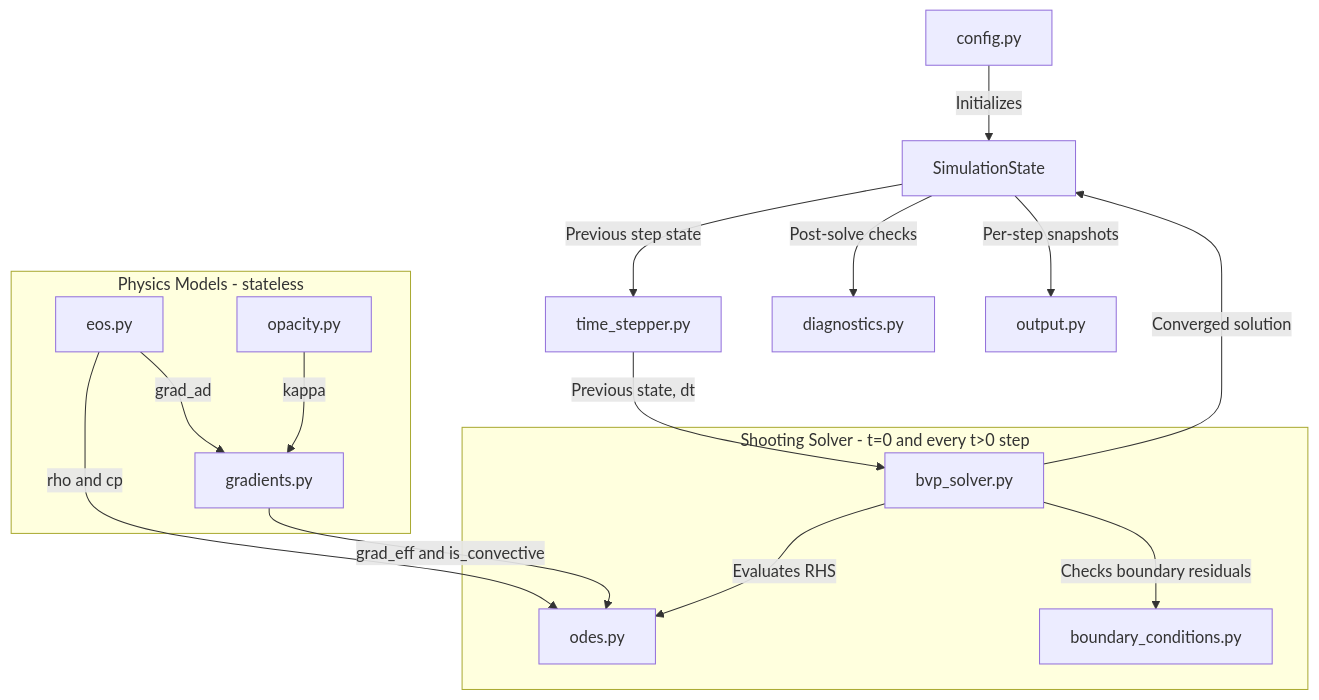
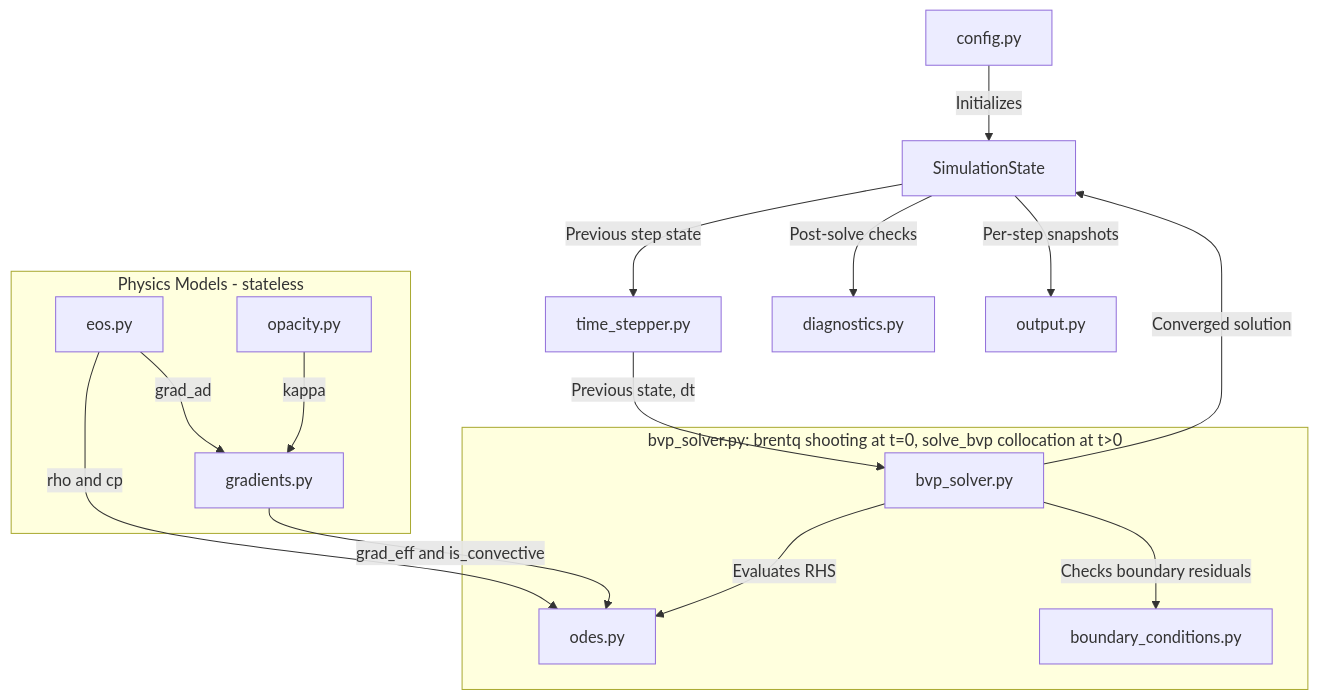
The diagram in PLAN.md (eyalg91/PlanetFormationSim), drawn with Mermaid before and after one commit. The commit also changed other lines of this file and 16 other files, not shown here.

Commit message:
bvp implemented and run full 1st step. second step failed.

````diff
--- a/PLAN.md
+++ b/PLAN.md
@@ -165,33 +167,33 @@
 ```mermaid
 graph TD
     config[config.py]
     state[SimulationState]
     timeloop[time_stepper.py]
     diag[diagnostics.py]
     output[output.py]
 
-    subgraph BVP_Loop[Shooting Solver - t=0 and every t>0 step]
+    subgraph BVP_Loop[bvp_solver.py: brentq shooting at t=0, solve_bvp collocation at t>0]
         bvp[bvp_solver.py]
         odes[odes.py]
         bcs[boundary_conditions.py]
     end
 
     subgraph PhysicsModels[Physics Models - stateless]
         eos[eos.py]
         opacity[opacity.py]
         gradients[gradients.py]
     end
 
     config -->|Initializes| state
     state -->|Previous step state| timeloop
     timeloop -->|Previous state, dt| bvp
     bvp -->|Evaluates RHS| odes
     bvp -->|Checks boundary residuals| bcs
     eos -->|rho and cp| odes
     gradients -->|grad_eff and is_convective| odes
     opacity -->|kappa| gradients
     eos -->|grad_ad| gradients
     bvp -->|Converged solution| state
     state -->|Post-solve checks| diag
     state -->|Per-step snapshots| output
 ```
````
